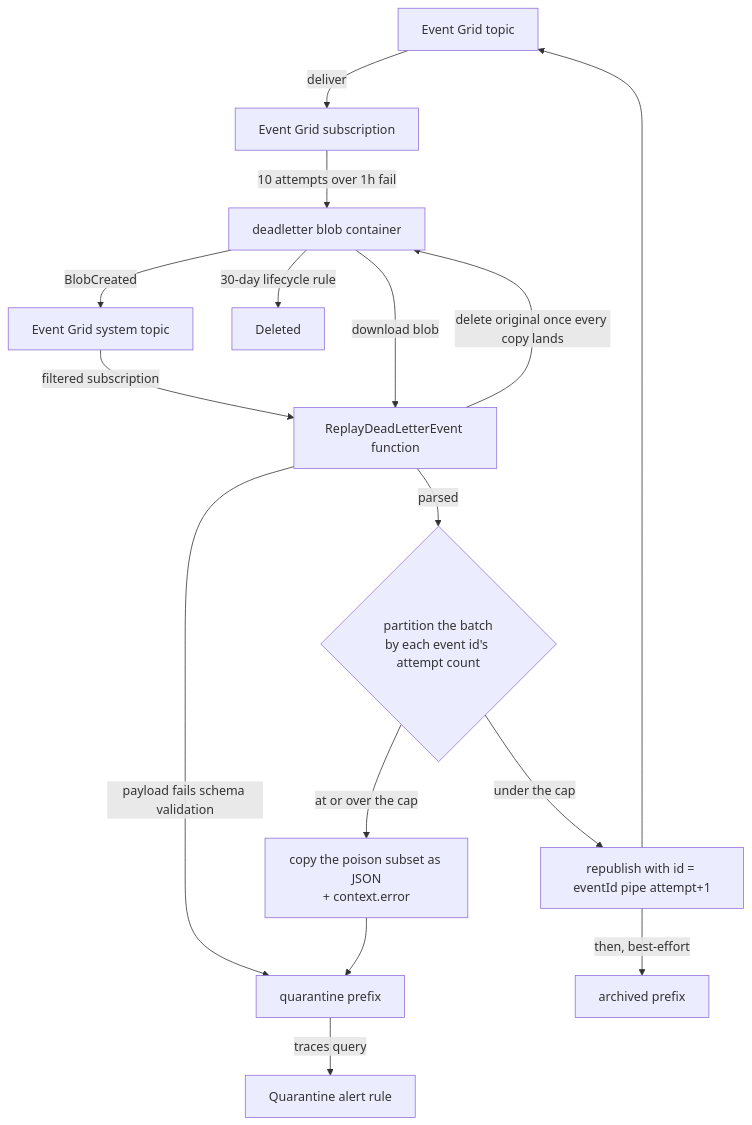
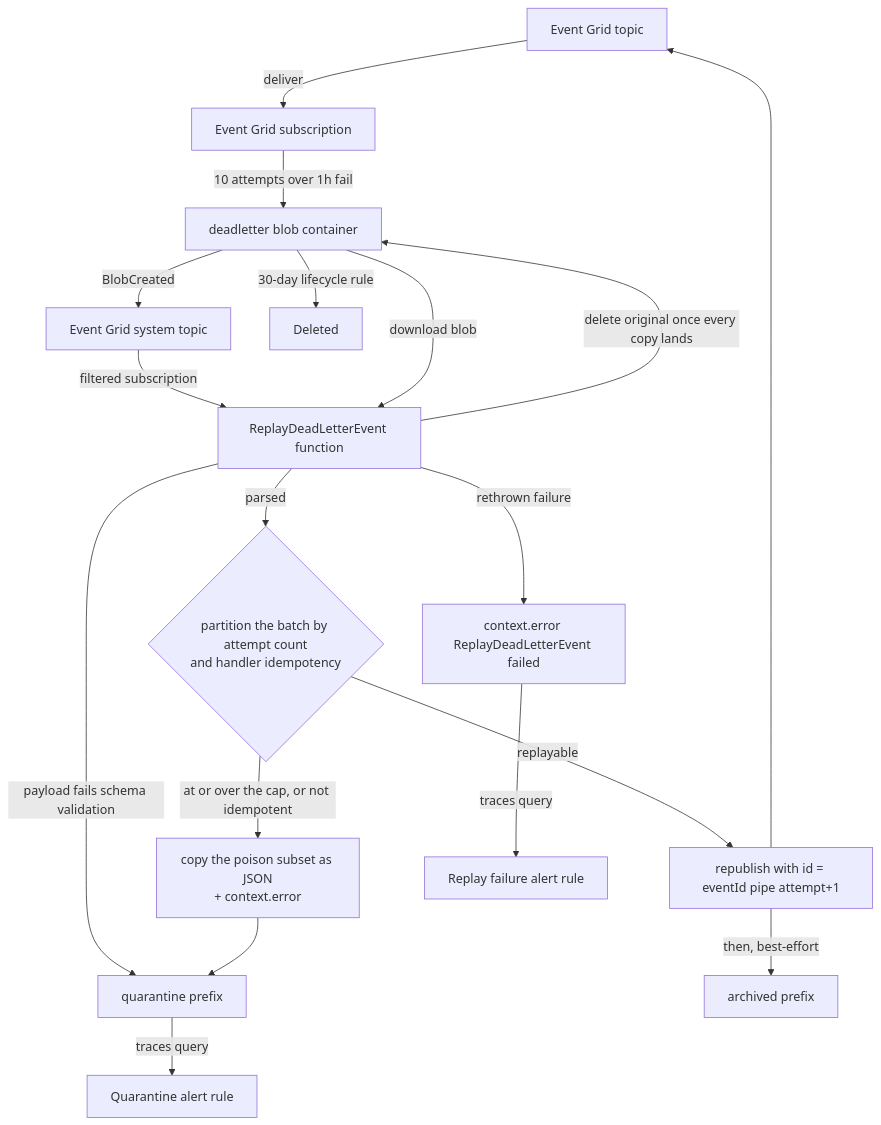
Before and after one commit to Esposter/Esposter: the diagram in packages/app/content/docs/infra/eventgrid-dead-letter.md, drawn with Mermaid. The commit also changed other lines of this file and 19 other files, not shown here.

````diff
--- a/packages/app/content/docs/infra/eventgrid-dead-letter.md
+++ b/packages/app/content/docs/infra/eventgrid-dead-letter.md
@@ -41,18 +42,20 @@
 ```mermaid
 flowchart TD
   topic[Event Grid topic] -->|deliver| sub[Event Grid subscription]
   sub -->|10 attempts over 1h fail| dead[deadletter blob container]
   dead -->|BlobCreated| egst[Event Grid system topic]
   egst -->|filtered subscription| fn[ReplayDeadLetterEvent function]
   dead -->|download blob| fn
   fn -->|payload fails schema validation| quarantine[quarantine prefix]
-  fn -->|parsed| split{"partition the batch<br/>by each event id's attempt count"}
-  split -->|at or over the cap| poison["copy the poison subset as JSON<br/>+ context.error"]
+  fn -->|parsed| split{"partition the batch by attempt count<br/>and handler idempotency"}
+  split -->|at or over the cap, or not idempotent| poison["copy the poison subset as JSON<br/>+ context.error"]
   poison --> quarantine
-  split -->|under the cap| republish["republish with id = eventId pipe attempt+1"]
+  split -->|replayable| republish["republish with id = eventId pipe attempt+1"]
   republish --> topic
   republish -->|then, best-effort| archived[archived prefix]
   quarantine -->|traces query| alert[Quarantine alert rule]
+  fn -->|rethrown failure| failed["context.error ReplayDeadLetterEvent failed"]
+  failed -->|traces query| failedAlert[Replay failure alert rule]
   fn -->|delete original once every copy lands| dead
   dead -->|30-day lifecycle rule| gone[Deleted]
 ```
````
